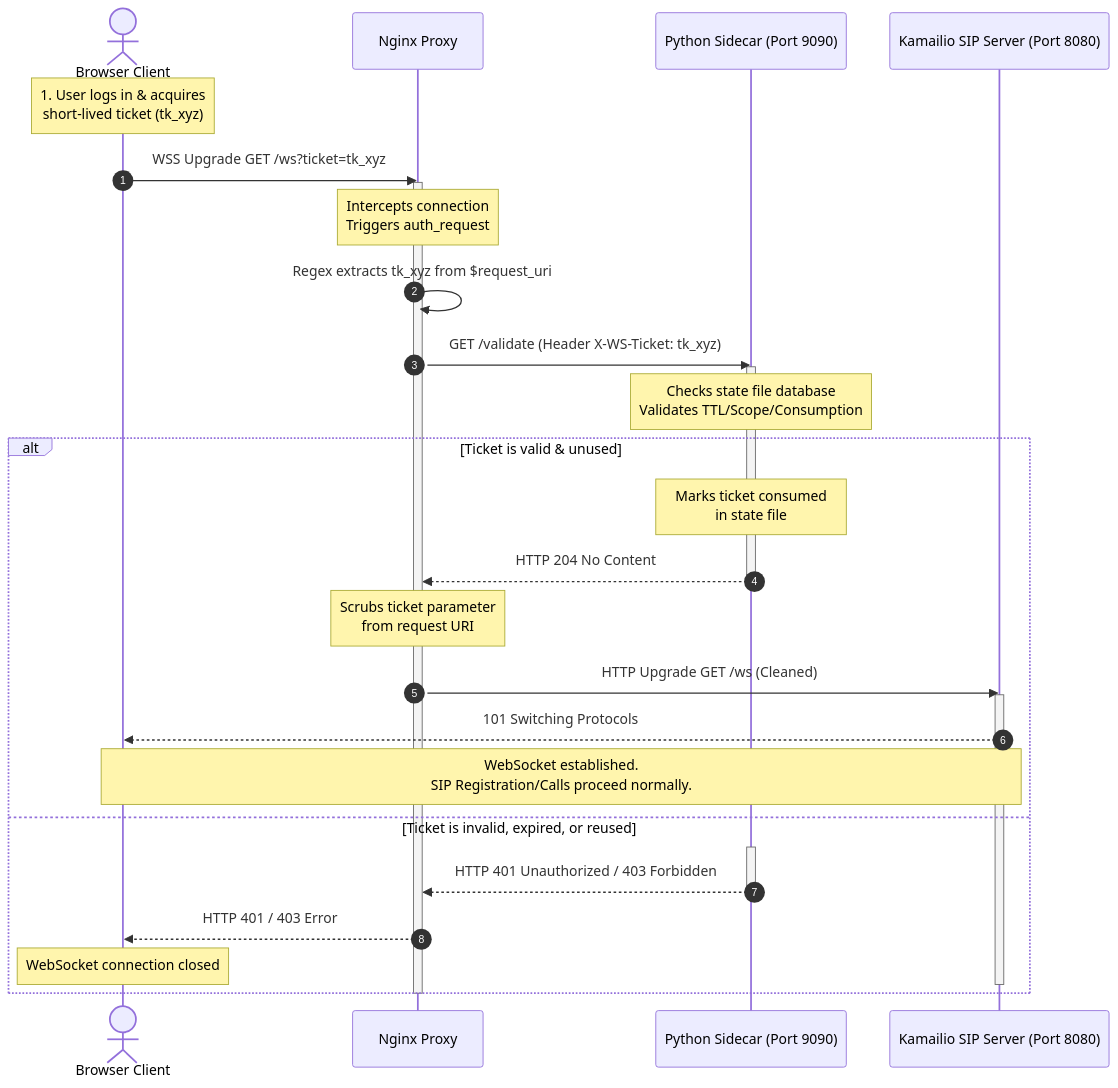
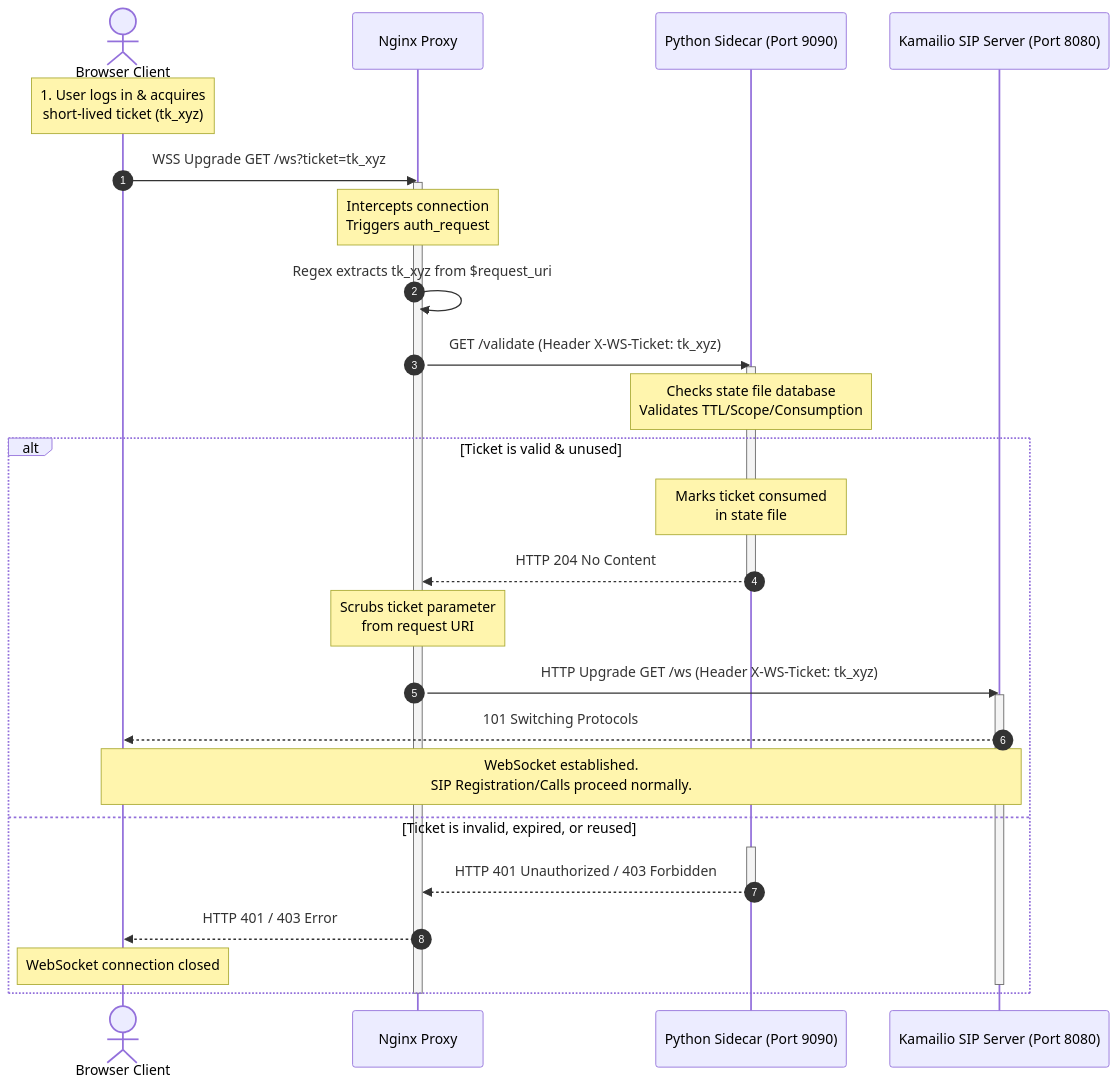
One commit to gary391/webrtc-to-sip-ec2 changed the diagram in docs/WEBSOCKET_TICKET_AUTH.md. Above: the diagram before and after it, drawn with Mermaid. The commit also changed other lines of this file and 1 other file, not shown here.

Commit message:
Pass X-WS-Ticket header downstream to Kamailio in Nginx ws block

````diff
--- a/docs/WEBSOCKET_TICKET_AUTH.md
+++ b/docs/WEBSOCKET_TICKET_AUTH.md
@@ -34,35 +34,35 @@
 ```mermaid
 sequenceDiagram
     autonumber
     actor Browser as Browser Client
     participant Nginx as Nginx Proxy
     participant Sidecar as Python Sidecar (Port 9090)
     participant Kamailio as Kamailio SIP Server (Port 8080)
 
     Note over Browser: 1. User logs in & acquires<br/>short-lived ticket (tk_xyz)
     Browser->>Nginx: WSS Upgrade GET /ws?ticket=tk_xyz
     activate Nginx
     Note over Nginx: Intercepts connection<br/>Triggers auth_request
     Nginx->>Nginx: Regex extracts tk_xyz from $request_uri
     Nginx->>Sidecar: GET /validate (Header X-WS-Ticket: tk_xyz)
     activate Sidecar
     Note over Sidecar: Checks state file database<br/>Validates TTL/Scope/Consumption
     alt Ticket is valid & unused
         Note over Sidecar: Marks ticket consumed<br/>in state file
         Sidecar-->>Nginx: HTTP 204 No Content
         deactivate Sidecar
         Note over Nginx: Scrubs ticket parameter<br/>from request URI
-        Nginx->>Kamailio: HTTP Upgrade GET /ws (Cleaned)
+        Nginx->>Kamailio: HTTP Upgrade GET /ws (Header X-WS-Ticket: tk_xyz)
         activate Kamailio
         Kamailio-->>Browser: 101 Switching Protocols
         Note over Browser, Kamailio: WebSocket established.<br/>SIP Registration/Calls proceed normally.
     else Ticket is invalid, expired, or reused
         activate Sidecar
         Sidecar-->>Nginx: HTTP 401 Unauthorized / 403 Forbidden
         deactivate Sidecar
         Nginx-->>Browser: HTTP 401 / 403 Error
         Note over Browser: WebSocket connection closed
         deactivate Kamailio
     end
     deactivate Nginx
 ```
````
